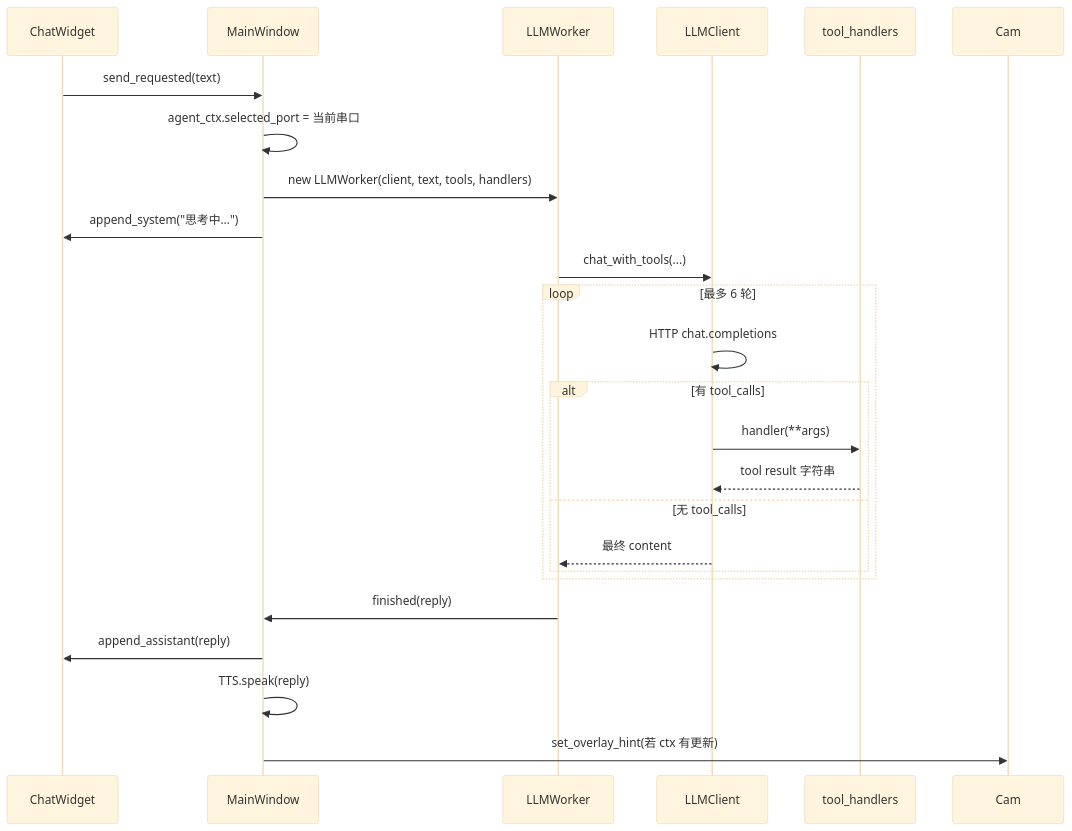
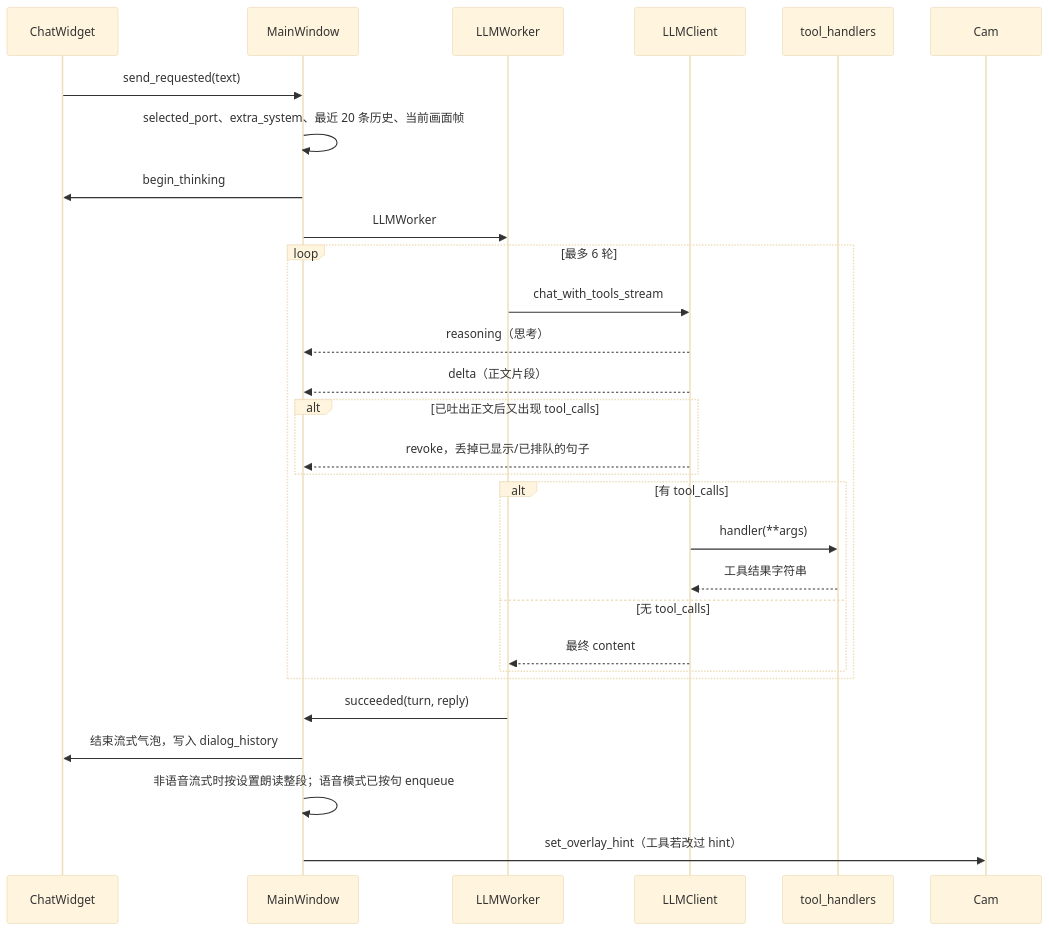
One commit to zackdlut/ai_ardunio changed the seventh of 10 diagrams in docs/ARCHITECTURE.md. Above: the diagram before and after it, drawn with Mermaid (base theme). The commit also changed other lines of this file and 10 other files, not shown here.

````diff
--- a/docs/ARCHITECTURE.md
+++ b/docs/ARCHITECTURE.md
@@ -291,27 +363,31 @@
 ```mermaid
 sequenceDiagram
     participant Chat as ChatWidget
     participant MW as MainWindow
     participant W as LLMWorker
     participant LLM as LLMClient
     participant H as tool_handlers
 
     Chat->>MW: send_requested(text)
-    MW->>MW: agent_ctx.selected_port = 当前串口
-    MW->>W: new LLMWorker(client, text, tools, handlers)
-    MW->>Chat: append_system("思考中…")
-    W->>LLM: chat_with_tools(...)
+    MW->>MW: selected_port、extra_system、最近 20 条历史、当前画面帧
+    MW->>Chat: begin_thinking
+    MW->>W: LLMWorker
     loop 最多 6 轮
-        LLM->>LLM: HTTP chat.completions
+        W->>LLM: chat_with_tools_stream
+        LLM-->>MW: reasoning（思考）
+        LLM-->>MW: delta（正文片段）
+        alt 已吐出正文后又出现 tool_calls
+            LLM-->>MW: revoke，丢掉已显示/已排队的句子
+        end
         alt 有 tool_calls
             LLM->>H: handler(**args)
-            H-->>LLM: tool result 字符串
+            H-->>LLM: 工具结果字符串
         else 无 tool_calls
             LLM-->>W: 最终 content
         end
     end
-    W->>MW: finished(reply)
-    MW->>Chat: append_assistant(reply)
-    MW->>MW: TTS.speak(reply)
-    MW->>Cam: set_overlay_hint(若 ctx 有更新)
+    W->>MW: succeeded(turn, reply)
+    MW->>Chat: 结束流式气泡，写入 dialog_history
+    MW->>MW: 非语音流式时按设置朗读整段；语音模式已按句 enqueue
+    MW->>Cam: set_overlay_hint（工具若改过 hint）
 ```
````
